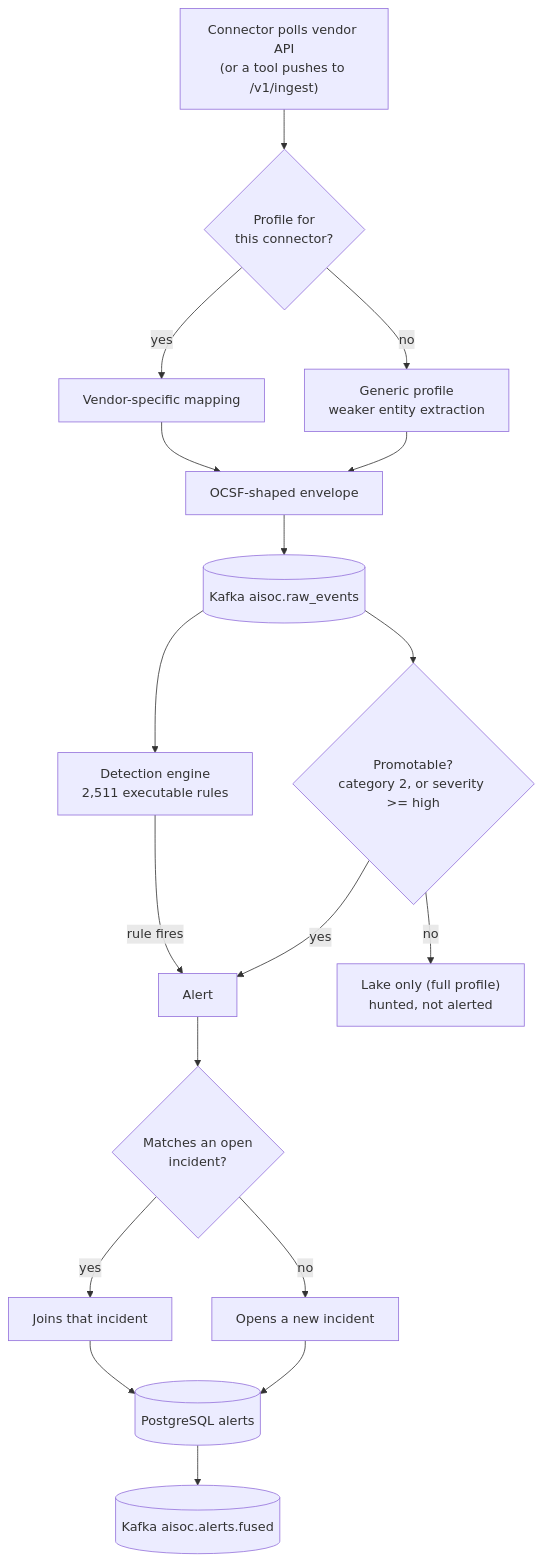
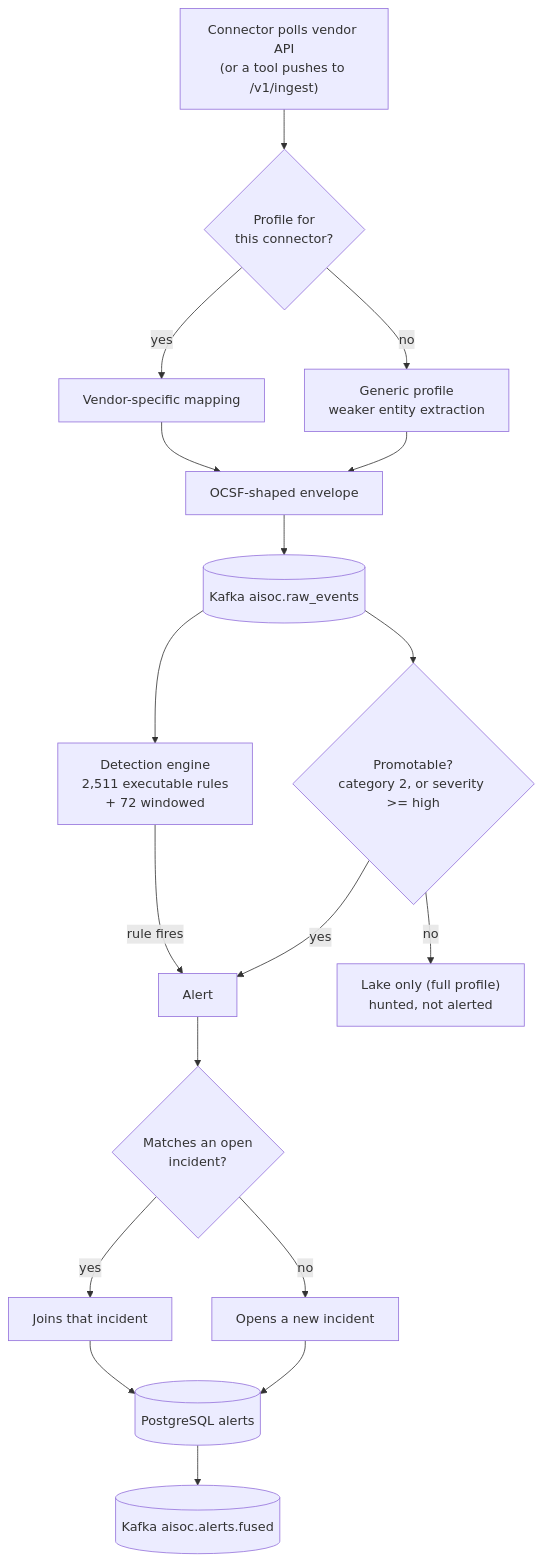
Before and after one commit to Megapower-Asia-LLC/AiSOC: the fifth of 5 diagrams in docs/architecture/README.md, drawn with Mermaid. The commit also changed other lines of this file and 7 other files, not shown here.

````diff
--- a/docs/architecture/README.md
+++ b/docs/architecture/README.md
@@ -276,20 +429,20 @@
 ```mermaid
 flowchart TD
     A["Connector polls vendor API<br/>(or a tool pushes to /v1/ingest)"] --> B{"Profile for<br/>this connector?"}
     B -->|yes| C["Vendor-specific mapping"]
     B -->|no| D["Generic profile<br/>weaker entity extraction"]
     C --> E["OCSF-shaped envelope"]
     D --> E
     E --> F[("Kafka aisoc.raw_events")]
-    F --> G["Detection engine<br/>2,511 executable rules"]
+    F --> G["Detection engine<br/>2,511 executable rules<br/>+ 72 windowed"]
     F --> H{"Promotable?<br/>category 2, or severity >= high"}
     G -->|rule fires| I["Alert"]
     H -->|yes| I
     H -->|no| J["Lake only (full profile)<br/>hunted, not alerted"]
     I --> K{"Matches an open<br/>incident?"}
     K -->|yes| L["Joins that incident"]
     K -->|no| M["Opens a new incident"]
     L --> N[("PostgreSQL alerts")]
     M --> N
     N --> O[("Kafka aisoc.alerts.fused")]
 ```
````
